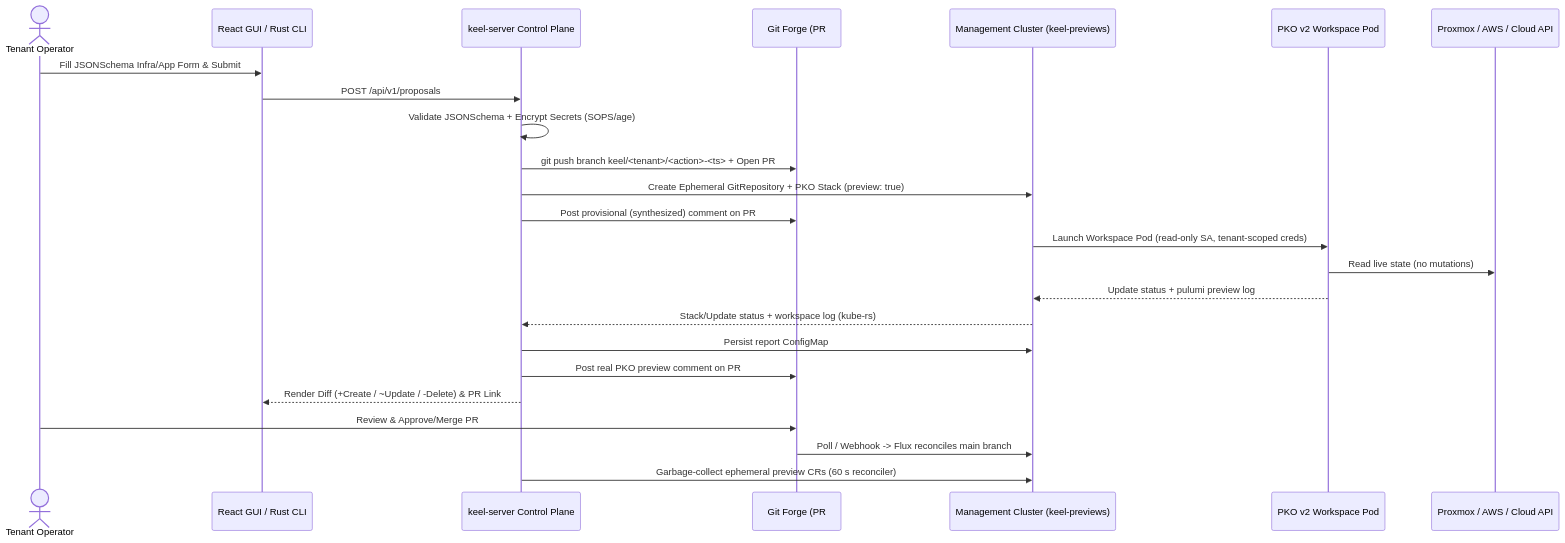
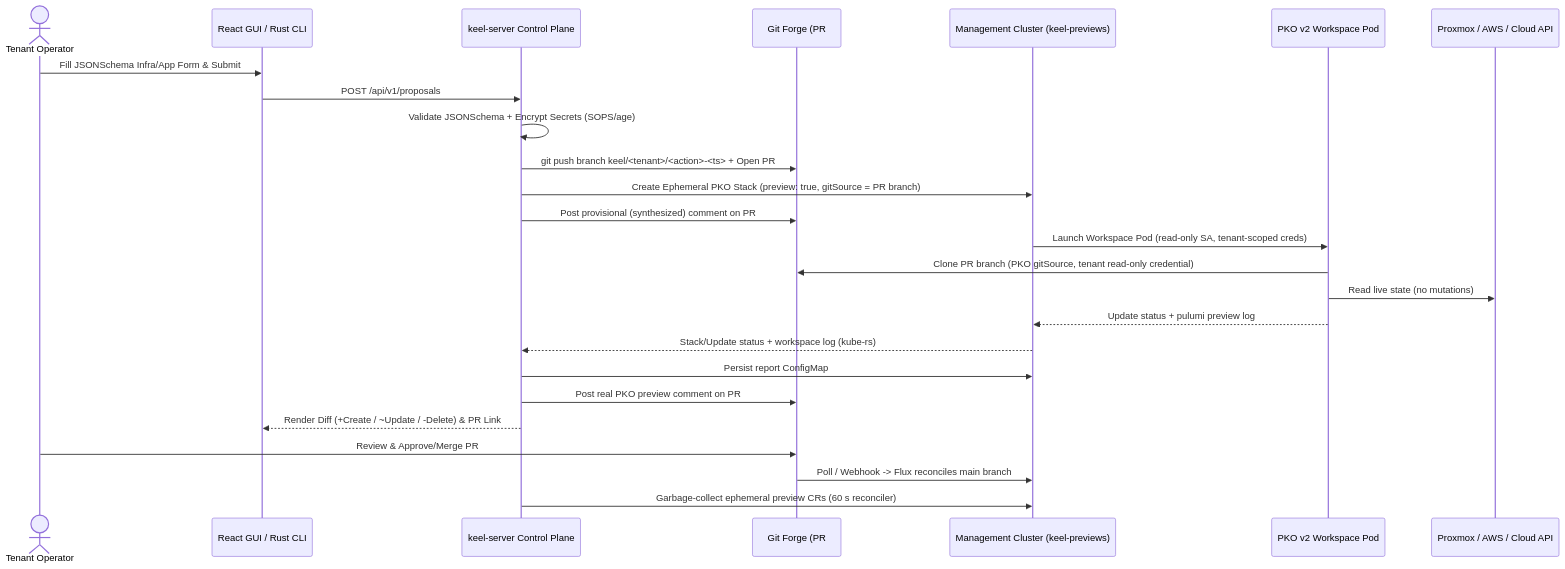
Before and after one commit to rdylanwalker/keel: the third of 5 diagrams in SDD.md, drawn with Mermaid. The commit also changed other lines of this file and 24 other files, not shown here.

First line of the commit message:
feat(pko): clone tenant and preview Stack programs with gitSource

````diff
--- a/SDD.md
+++ b/SDD.md
@@ -252,27 +253,28 @@
 ```mermaid
 sequenceDiagram
     actor User as Tenant Operator
     participant UI as React GUI / Rust CLI
     participant API as keel-server Control Plane
     participant Git as Git Forge (PR #42)
     participant K8S as Management Cluster (keel-previews)
     participant PKO as PKO v2 Workspace Pod
     participant Cloud as Proxmox / AWS / Cloud API
 
     User->>UI: Fill JSONSchema Infra/App Form & Submit
     UI->>API: POST /api/v1/proposals
     API->>API: Validate JSONSchema + Encrypt Secrets (SOPS/age)
     API->>Git: git push branch keel/<tenant>/<action>-<ts> + Open PR #42
-    API->>K8S: Create Ephemeral GitRepository + PKO Stack (preview: true)
+    API->>K8S: Create Ephemeral PKO Stack (preview: true, gitSource = PR branch)
     API->>Git: Post provisional (synthesized) comment on PR #42
     K8S->>PKO: Launch Workspace Pod (read-only SA, tenant-scoped creds)
+    PKO->>Git: Clone PR branch (PKO gitSource, tenant read-only credential)
     PKO->>Cloud: Read live state (no mutations)
     PKO-->>K8S: Update status + pulumi preview log
     K8S-->>API: Stack/Update status + workspace log (kube-rs)
     API->>K8S: Persist report ConfigMap
     API->>Git: Post real PKO preview comment on PR #42
     API-->>UI: Render Diff (+Create / ~Update / -Delete) & PR Link
     User->>Git: Review & Approve/Merge PR #42
     Git->>K8S: Poll / Webhook -> Flux reconciles main branch
     API->>K8S: Garbage-collect ephemeral preview CRs (60 s reconciler)
 ```
````
